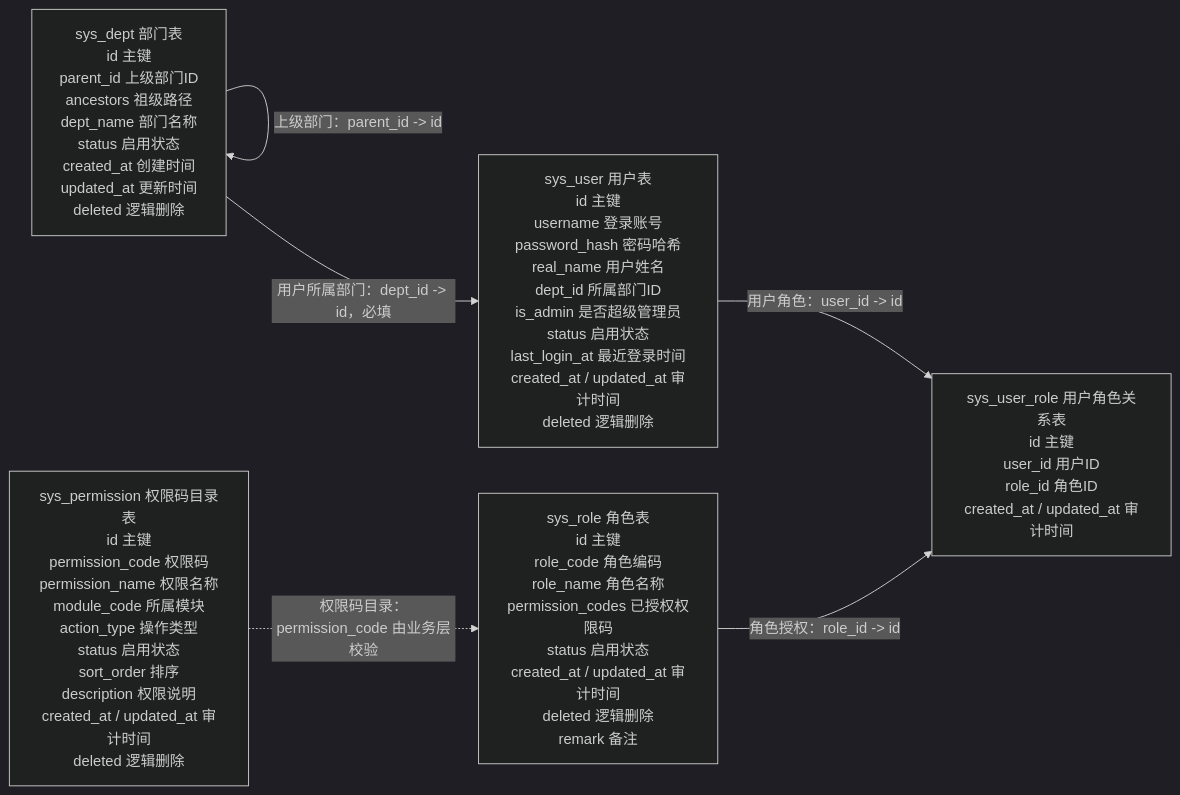
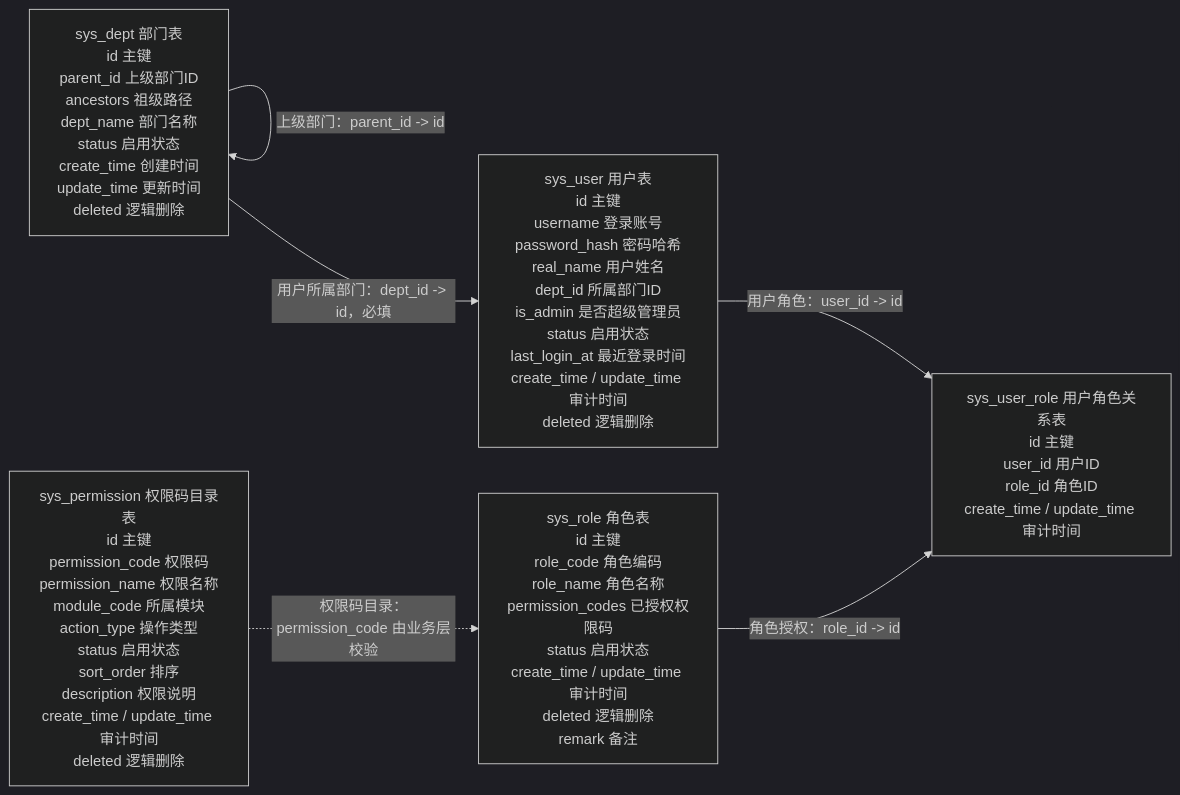
Before and after one commit to LI-S-H/qiheng-erp: the sixth of 11 diagrams in docs/database/mvp-database-design-overview.md, drawn with Mermaid (dark theme). The commit also changed other lines of this file and 69 other files, not shown here.

````diff
--- a/docs/database/mvp-database-design-overview.md
+++ b/docs/database/mvp-database-design-overview.md
@@ -667,14 +667,14 @@
 ```mermaid
 flowchart LR
-    dept["sys_dept 部门表<br/>id 主键<br/>parent_id 上级部门ID<br/>ancestors 祖级路径<br/>dept_name 部门名称<br/>status 启用状态<br/>created_at 创建时间<br/>updated_at 更新时间<br/>deleted 逻辑删除"]
-    user["sys_user 用户表<br/>id 主键<br/>username 登录账号<br/>password_hash 密码哈希<br/>real_name 用户姓名<br/>dept_id 所属部门ID<br/>is_admin 是否超级管理员<br/>status 启用状态<br/>last_login_at 最近登录时间<br/>created_at / updated_at 审计时间<br/>deleted 逻辑删除"]
-    role["sys_role 角色表<br/>id 主键<br/>role_code 角色编码<br/>role_name 角色名称<br/>permission_codes 已授权权限码<br/>status 启用状态<br/>created_at / updated_at 审计时间<br/>deleted 逻辑删除<br/>remark 备注"]
-    permission["sys_permission 权限码目录表<br/>id 主键<br/>permission_code 权限码<br/>permission_name 权限名称<br/>module_code 所属模块<br/>action_type 操作类型<br/>status 启用状态<br/>sort_order 排序<br/>description 权限说明<br/>created_at / updated_at 审计时间<br/>deleted 逻辑删除"]
-    userRole["sys_user_role 用户角色关系表<br/>id 主键<br/>user_id 用户ID<br/>role_id 角色ID<br/>created_at / updated_at 审计时间"]
+    dept["sys_dept 部门表<br/>id 主键<br/>parent_id 上级部门ID<br/>ancestors 祖级路径<br/>dept_name 部门名称<br/>status 启用状态<br/>create_time 创建时间<br/>update_time 更新时间<br/>deleted 逻辑删除"]
+    user["sys_user 用户表<br/>id 主键<br/>username 登录账号<br/>password_hash 密码哈希<br/>real_name 用户姓名<br/>dept_id 所属部门ID<br/>is_admin 是否超级管理员<br/>status 启用状态<br/>last_login_at 最近登录时间<br/>create_time / update_time 审计时间<br/>deleted 逻辑删除"]
+    role["sys_role 角色表<br/>id 主键<br/>role_code 角色编码<br/>role_name 角色名称<br/>permission_codes 已授权权限码<br/>status 启用状态<br/>create_time / update_time 审计时间<br/>deleted 逻辑删除<br/>remark 备注"]
+    permission["sys_permission 权限码目录表<br/>id 主键<br/>permission_code 权限码<br/>permission_name 权限名称<br/>module_code 所属模块<br/>action_type 操作类型<br/>status 启用状态<br/>sort_order 排序<br/>description 权限说明<br/>create_time / update_time 审计时间<br/>deleted 逻辑删除"]
+    userRole["sys_user_role 用户角色关系表<br/>id 主键<br/>user_id 用户ID<br/>role_id 角色ID<br/>create_time / update_time 审计时间"]
 
     dept -->|"上级部门：parent_id -> id"| dept
     dept -->|"用户所属部门：dept_id -> id，必填"| user
     user -->|"用户角色：user_id -> id"| userRole
     role -->|"角色授权：role_id -> id"| userRole
     permission -.->|"权限码目录：permission_code 由业务层校验"| role
 ```
````
